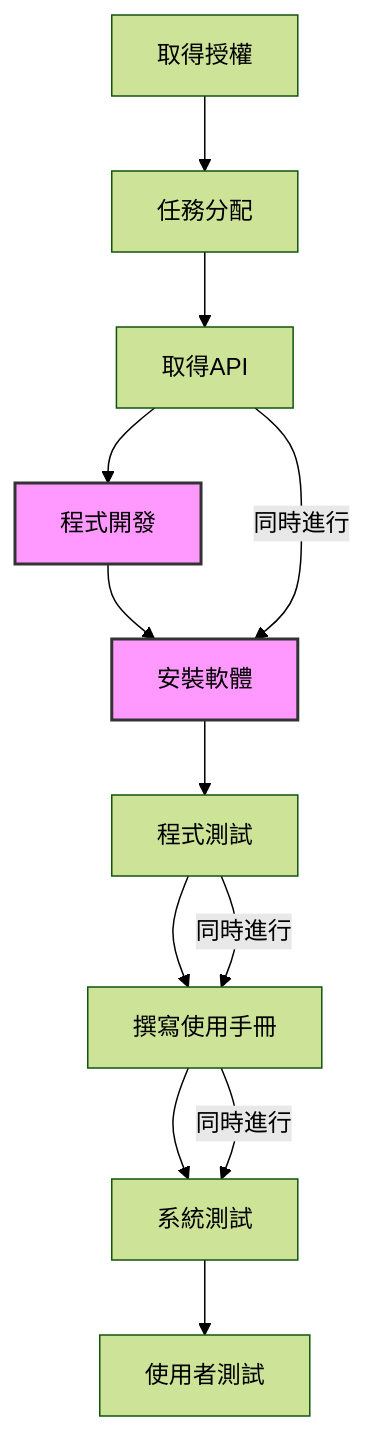
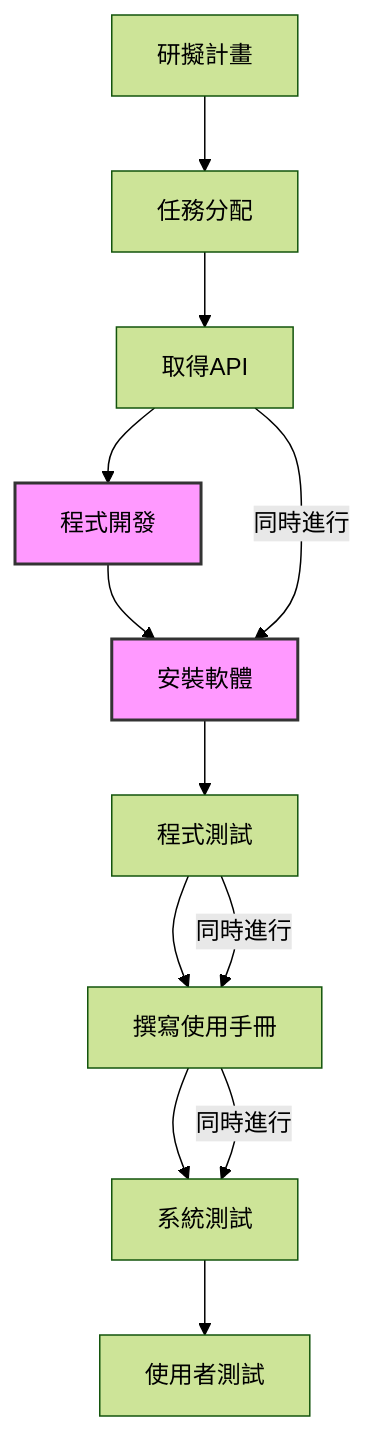
The second of 3 diagrams in 系統分析/team_HW2/HW.md (koreanfish1450/AI-answer-correction), drawn with Mermaid (forest theme) before and after one commit. The commit also changed other lines of this file, not shown here.

````diff
--- a/系統分析/team_HW2/HW.md
+++ b/系統分析/team_HW2/HW.md
@@ -21,20 +21,19 @@
 ```mermaid
 graph TD
-    A[取得授權] --> B[任務分配]
-    B --> C[取得API]
-    C --> D[程式開發]
-    D --> E[安裝軟體]
-    E --> F[程式測試]
-    F --> G[撰寫使用手冊]
-    G --> H[系統測試]
-    H --> I[使用者測試]
+    A["研擬計畫"] --> B["任務分配"]
+    B --> C["取得API"]
+    C --> D["程式開發"]
+    D --> E["安裝軟體"]
+    E --> F["程式測試"]
+    F --> G["撰寫使用手冊"]
+    G --> H["系統測試"]
+    H --> I["使用者測試"]
 
     style D fill:#f9f,stroke:#333,stroke-width:2px
     style E fill:#f9f,stroke:#333,stroke-width:2px
 
     C -->|同時進行| E
     G -->|同時進行| H
     F -->|同時進行| G
 
-
 ```
````
